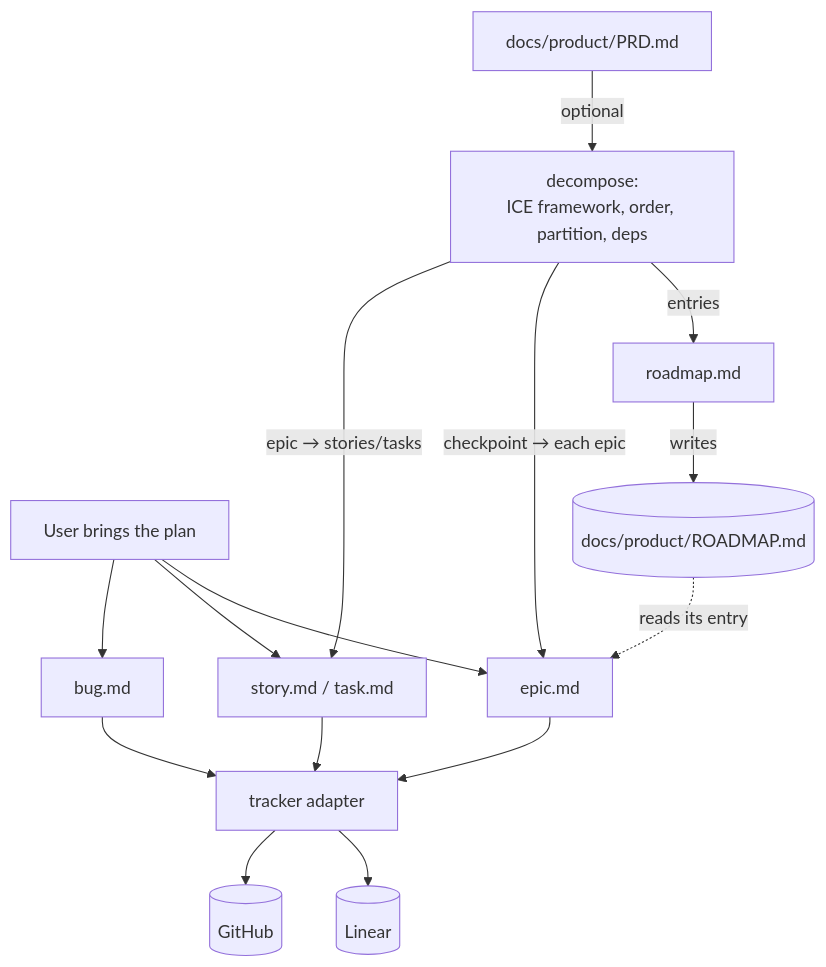
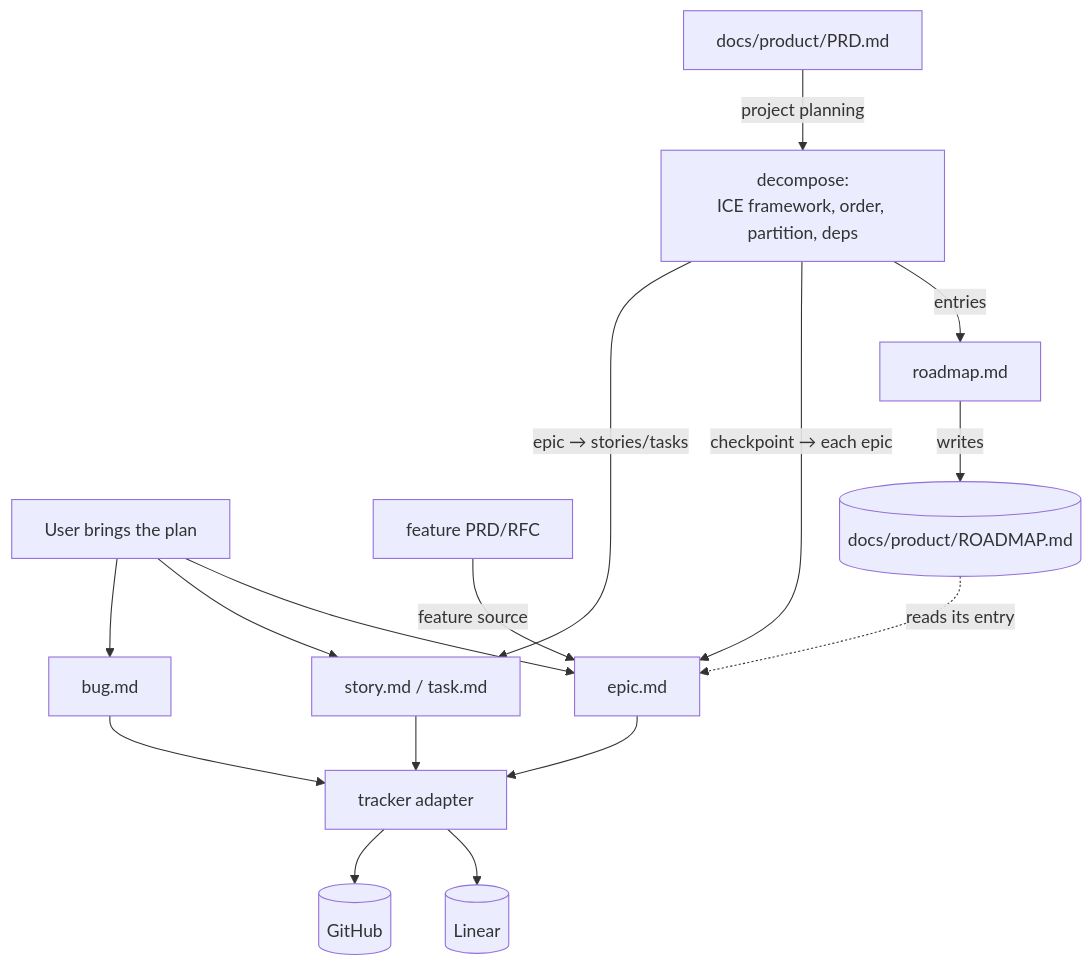
One commit to adeonir/agent-skills changed the diagram in skills/product/epic-tracker/README.md. Above: the diagram before and after it, drawn with Mermaid. The commit also changed other lines of this file and 3 other files, not shown here.

Commit message:
feat(epic-tracker): consume feature documents directly

````diff
--- a/skills/product/epic-tracker/README.md
+++ b/skills/product/epic-tracker/README.md
@@ -7,17 +7,18 @@
 ```mermaid
 flowchart TD
     USER[User brings the plan] --> EP[epic.md]
     USER --> STK[story.md / task.md]
     USER --> BG[bug.md]
-    PRD[docs/product/PRD.md] -->|optional| DEC[decompose:<br>ICE framework, order, partition, deps]
+    PRD[docs/product/PRD.md] -->|project planning| DEC[decompose:<br>ICE framework, order, partition, deps]
+    FPRD[feature PRD/RFC] -->|feature source| EP[epic.md]
     DEC -->|entries| RW[roadmap.md]
     RW -->|writes| RM[(docs/product/ROADMAP.md)]
     DEC -->|checkpoint → each epic| EP
     RM -.reads its entry.-> EP
     DEC -->|epic → stories/tasks| STK
     EP --> SY[tracker adapter]
     STK --> SY
     BG --> SY
     SY --> LN[(Linear)]
     SY --> GH[(GitHub)]
 ```
````
